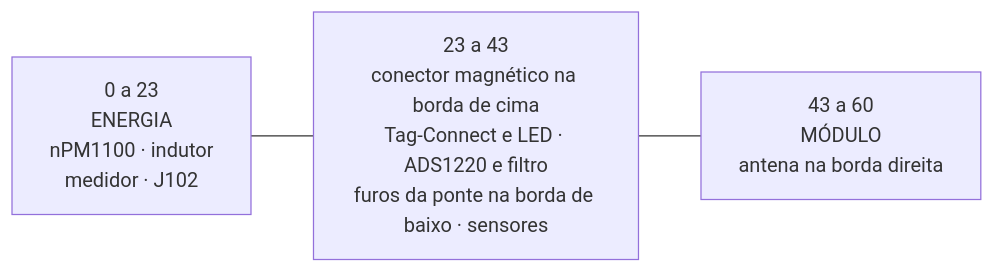
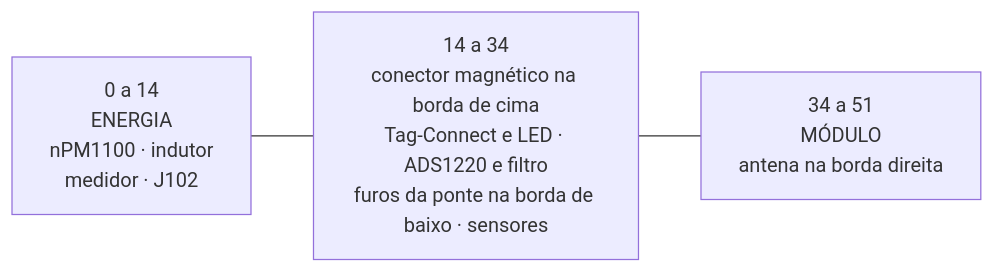
Before and after one commit to Guiimartinho/bike-powermeter: the diagram in hardware_powermeter/04-placa.md, drawn with Mermaid. The commit also changed other lines of this file and 9 other files, not shown here.

````diff
--- a/hardware_powermeter/04-placa.md
+++ b/hardware_powermeter/04-placa.md
@@ -72,7 +90,7 @@
 ```mermaid
 flowchart LR
-    E["0 a 23<br/>ENERGIA<br/>nPM1100 · indutor<br/>medidor · J102"]
-    C["23 a 43<br/>conector magnético na borda de cima<br/>Tag-Connect e LED · ADS1220 e filtro<br/>furos da ponte na borda de baixo · sensores"]
-    M["43 a 60<br/>MÓDULO<br/>antena na borda direita"]
+    E["0 a 14<br/>ENERGIA<br/>nPM1100 · indutor<br/>medidor · J102"]
+    C["14 a 34<br/>conector magnético na borda de cima<br/>Tag-Connect e LED · ADS1220 e filtro<br/>furos da ponte na borda de baixo · sensores"]
+    M["34 a 51<br/>MÓDULO<br/>antena na borda direita"]
     E --- C --- M
 ```
````
